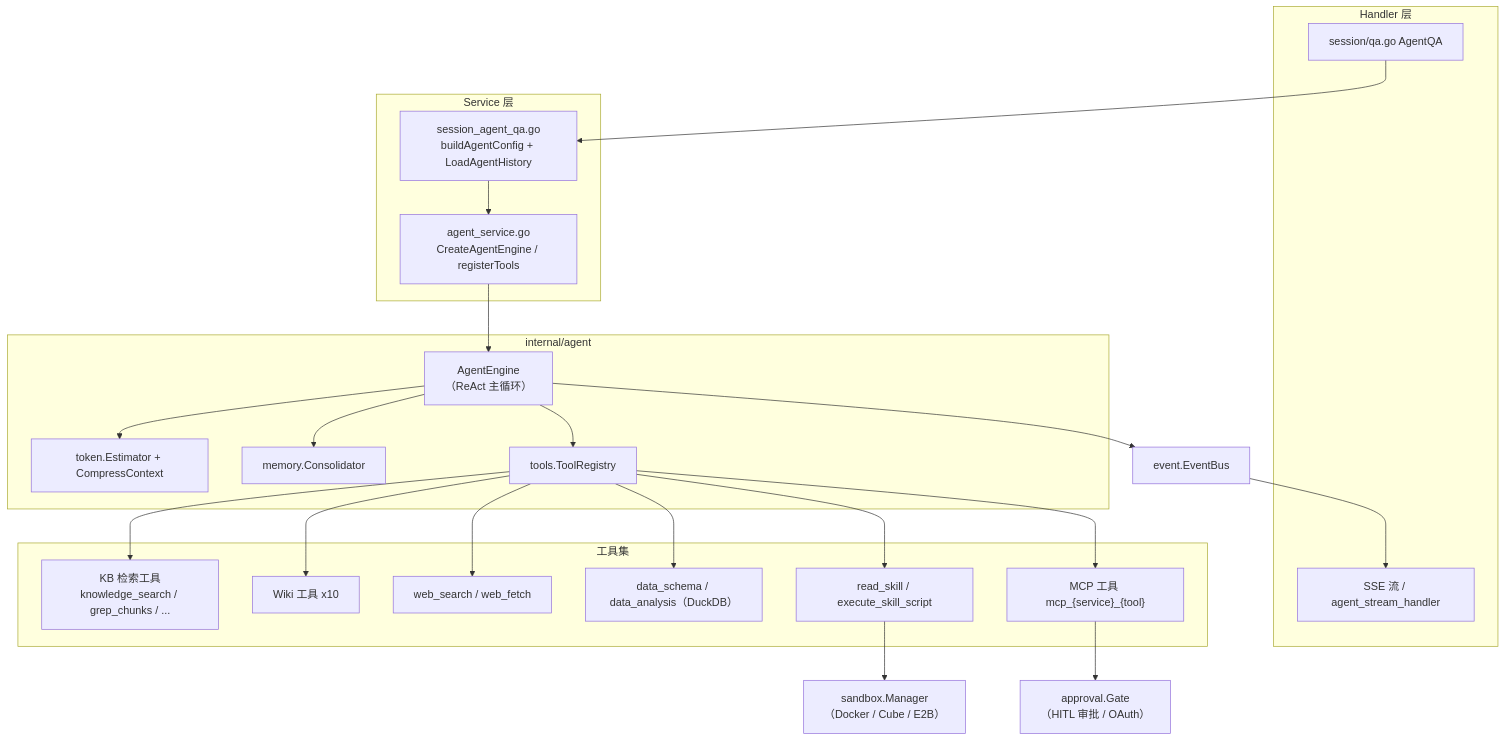
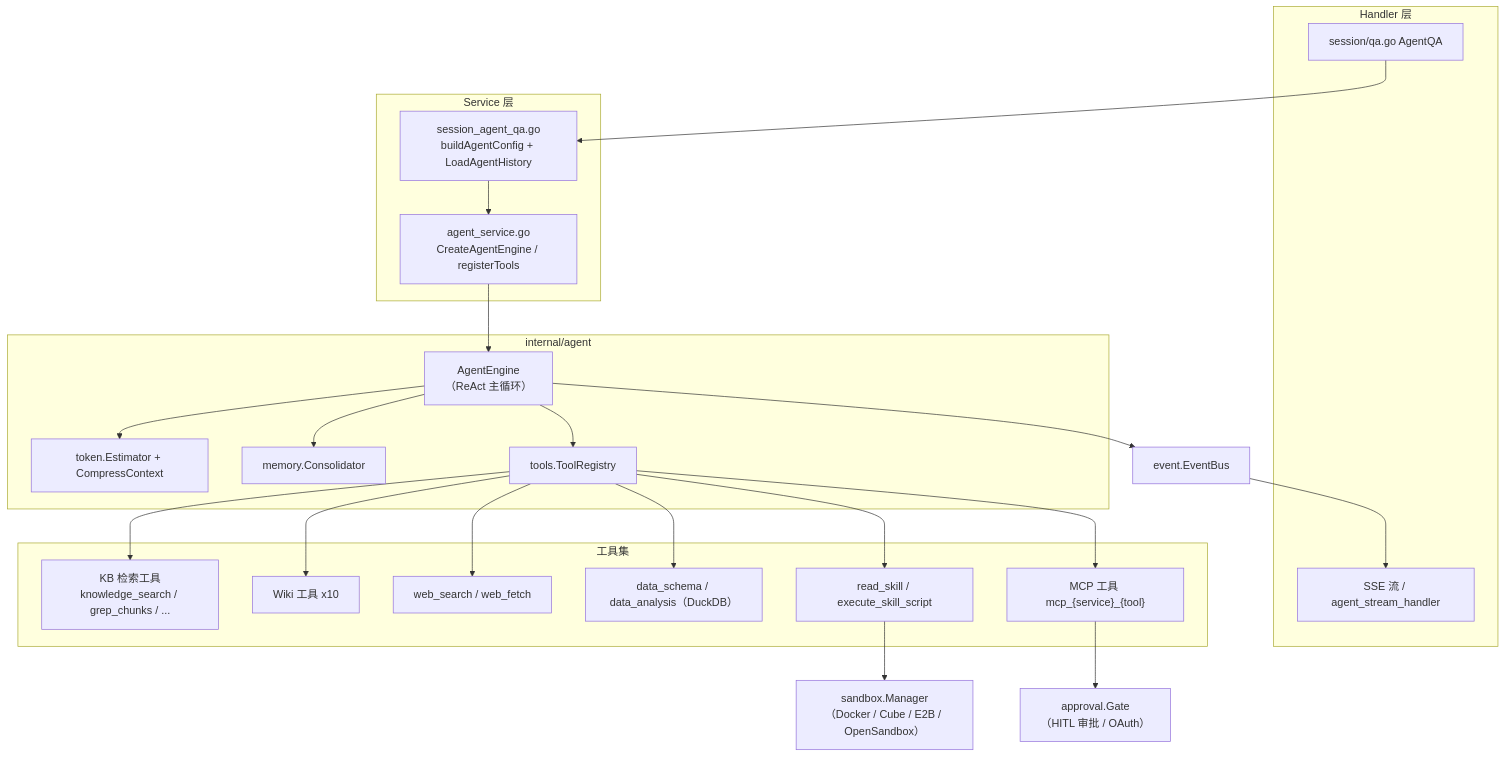
The first of 3 diagrams in website-docs/03-features/07-agent.md (DuanDaun520/WeKnora), drawn with Mermaid before and after one commit. The commit also changed other lines of this file and 91 other files, not shown here.

````diff
--- a/website-docs/03-features/07-agent.md
+++ b/website-docs/03-features/07-agent.md
@@ -79,42 +79,42 @@
 ```mermaid
 flowchart TB
     subgraph HandlerLayer["Handler 层"]
         H1["session/qa.go AgentQA"]
         SSE["SSE 流 / agent_stream_handler"]
     end
     subgraph ServiceLayer["Service 层"]
         SQA["session_agent_qa.go<br/>buildAgentConfig + LoadAgentHistory"]
         AS["agent_service.go<br/>CreateAgentEngine / registerTools"]
     end
     subgraph EngineLayer["internal/agent"]
         ENG["AgentEngine<br/>（ReAct 主循环）"]
         TOK["token.Estimator + CompressContext"]
         MEM["memory.Consolidator"]
         REG["tools.ToolRegistry"]
     end
     subgraph Tools["工具集"]
         KB["KB 检索工具<br/>knowledge_search / grep_chunks / ..."]
         WIKI["Wiki 工具 x10"]
         WEB["web_search / web_fetch"]
         DATA["data_schema / data_analysis（DuckDB）"]
         SKILL["read_skill / execute_skill_script"]
         MCP["MCP 工具 mcp_{service}_{tool}"]
     end
     GATE["approval.Gate<br/>（HITL 审批 / OAuth）"]
-    SBX["sandbox.Manager<br/>（Docker / Cube / E2B）"]
+    SBX["sandbox.Manager<br/>（Docker / Cube / E2B / OpenSandbox）"]
     EB["event.EventBus"]
 
     H1 --> SQA --> AS --> ENG
     ENG --> TOK
     ENG --> MEM
     ENG --> REG
     REG --> KB
     REG --> WIKI
     REG --> WEB
     REG --> DATA
     REG --> SKILL
     REG --> MCP
     MCP --> GATE
     SKILL --> SBX
     ENG --> EB --> SSE
 ```
````
